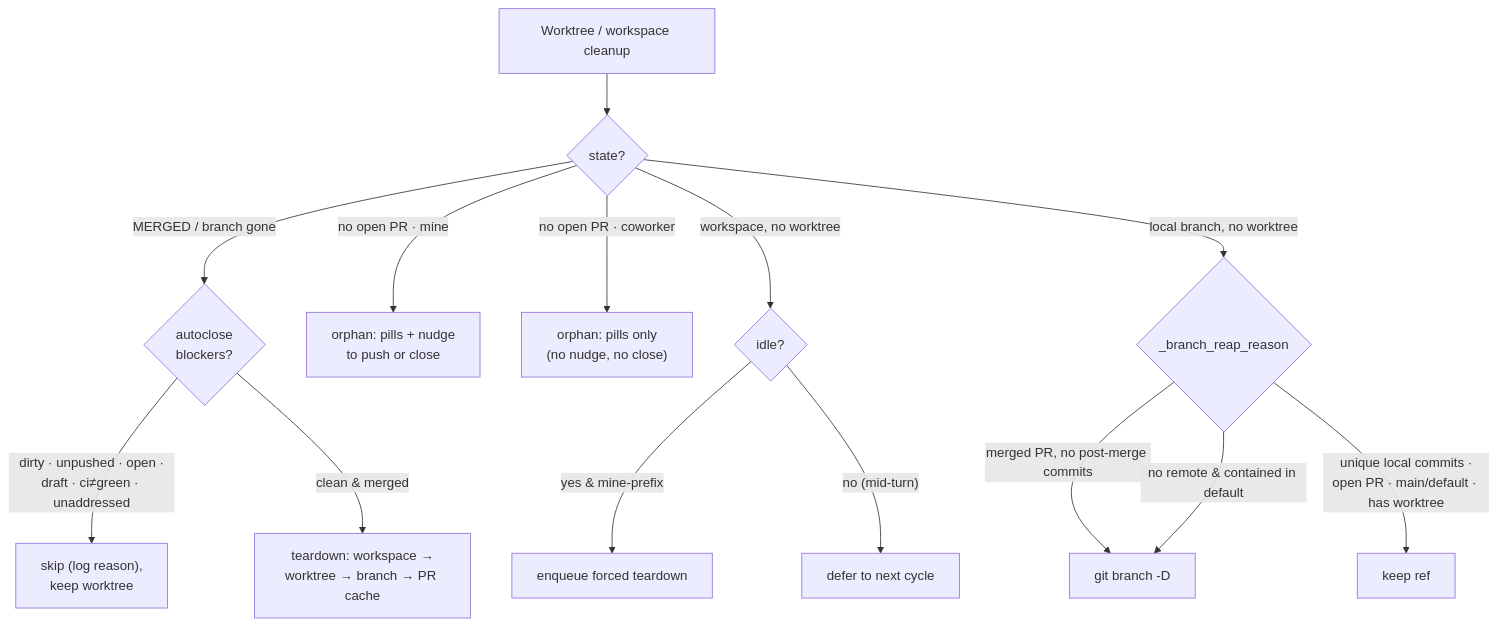
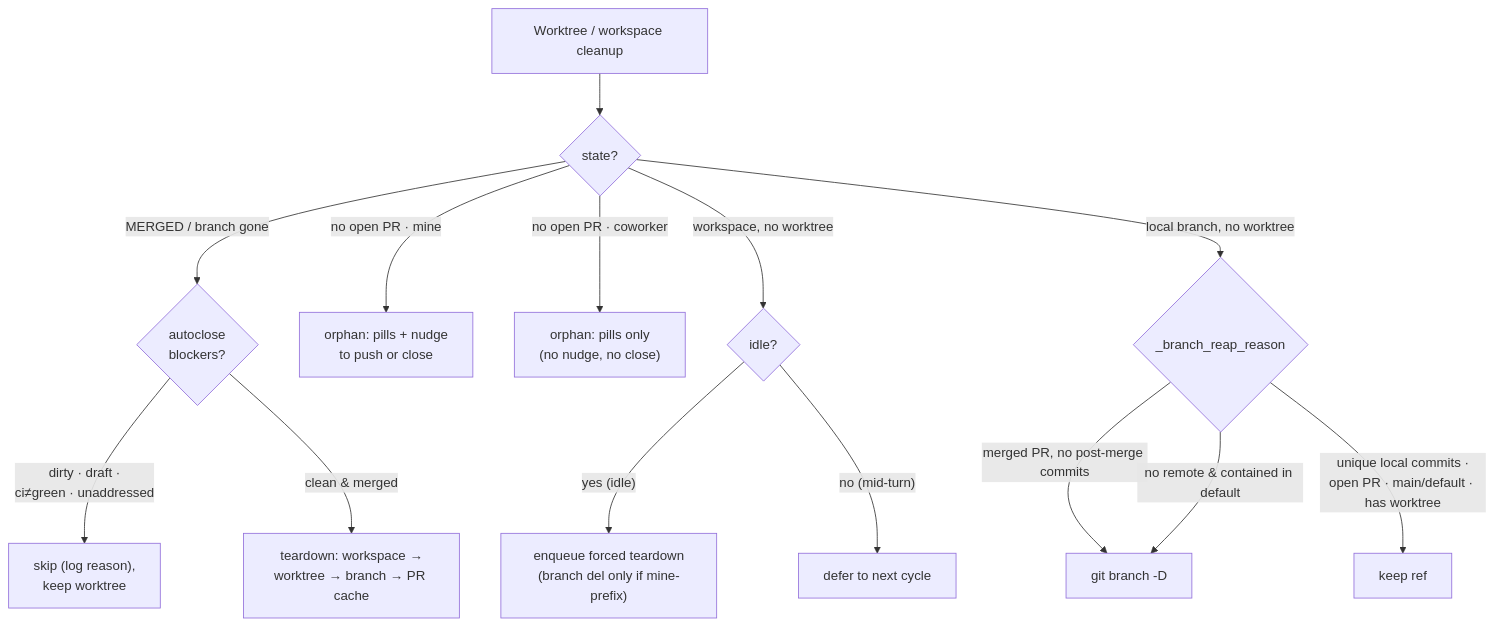
Before and after one commit to khivi/cockpit: the third of 5 diagrams in docs/state-machine.md, drawn with Mermaid. The commit also changed other lines of this file and 17 other files, not shown here.

````diff
--- a/docs/state-machine.md
+++ b/docs/state-machine.md
@@ -104,21 +104,21 @@
 ```mermaid
 flowchart TD
   C["Worktree / workspace cleanup"] --> K{"state?"}
 
   K -->|"MERGED / branch gone"| AC{"autoclose<br/>blockers?"}
-  AC -->|"dirty · unpushed · open ·<br/>draft · ci≠green · unaddressed"| SK["skip (log reason),<br/>keep worktree"]
+  AC -->|"dirty · draft ·<br/>ci≠green · unaddressed"| SK["skip (log reason),<br/>keep worktree"]
   AC -->|"clean & merged"| TD["teardown: workspace →<br/>worktree → branch → PR cache"]
 
   K -->|"no open PR · mine"| OR["orphan: pills + nudge<br/>to push or close"]
 
   K -->|"no open PR · coworker"| OC["orphan: pills only<br/>(no nudge, no close)"]
 
   K -->|"workspace, no worktree"| RP{"idle?"}
-  RP -->|"yes & mine-prefix"| EN["enqueue forced teardown"]
+  RP -->|"yes (idle)"| EN["enqueue forced teardown<br/>(branch del only if mine-prefix)"]
   RP -->|"no (mid-turn)"| DF["defer to next cycle"]
 
   K -->|"local branch, no worktree"| BR{"_branch_reap_reason"}
   BR -->|"merged PR, no post-merge commits"| BD["git branch -D"]
   BR -->|"no remote & contained in default"| BD
   BR -->|"unique local commits ·<br/>open PR · main/default · has worktree"| BK["keep ref"]
 ```
````
